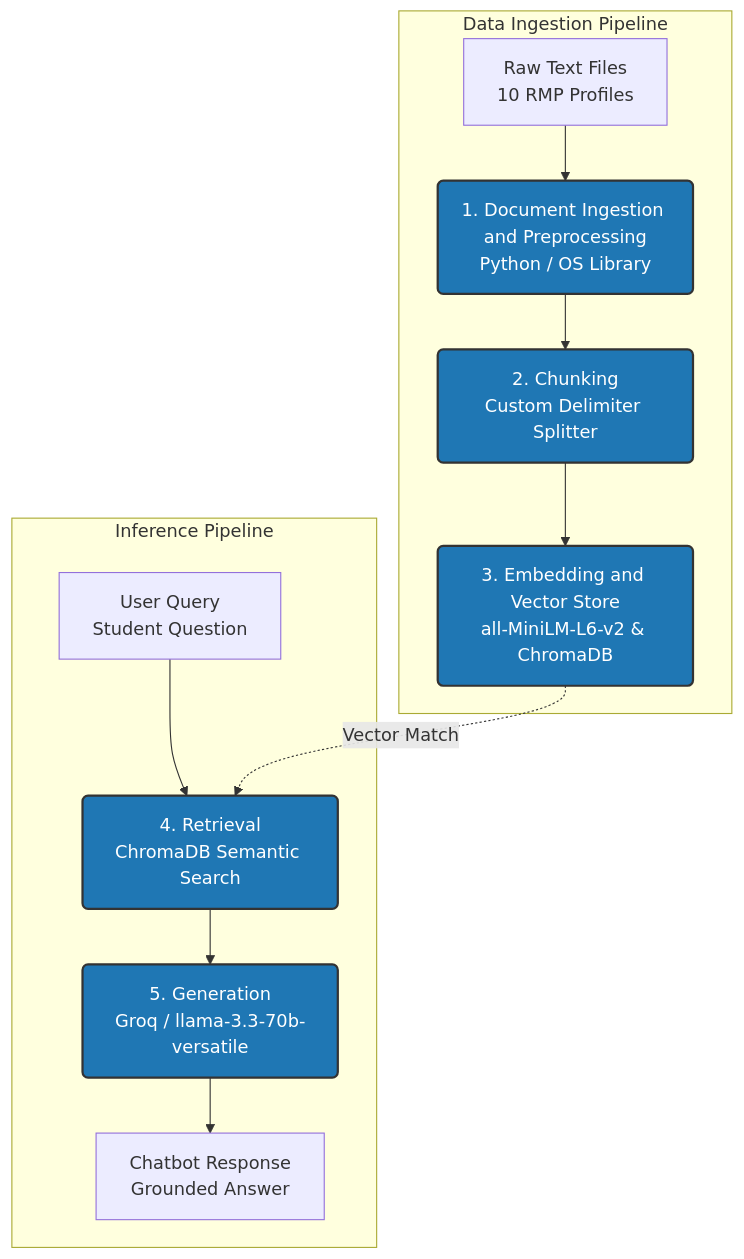
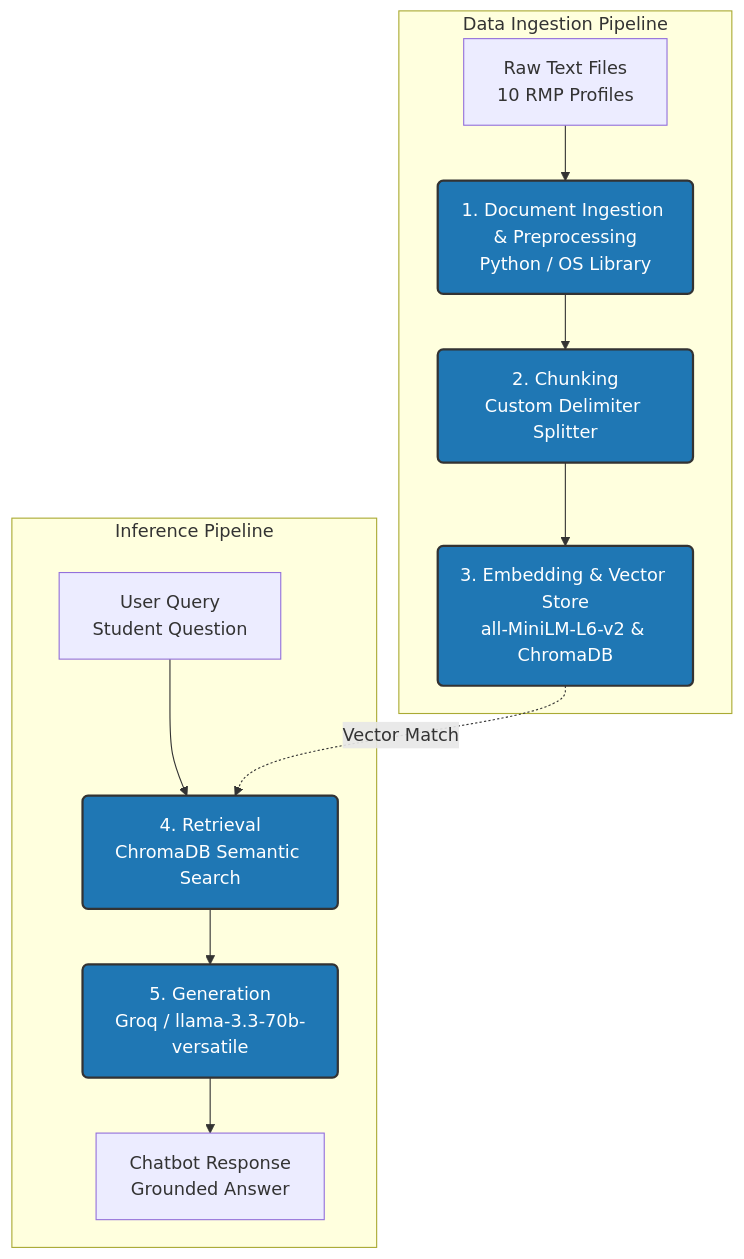
Before and after one commit to Anthony-Jerez/ai201-project1-unofficial-guide-starter: the diagram in planning.md, drawn with Mermaid.

````diff
--- a/planning.md
+++ b/planning.md
@@ -118,23 +118,23 @@
 ```mermaid
 
 graph TD
     %% Define Styles
     classDef stage fill:#1f77b4,stroke:#333,stroke-width:2px,color:#fff;
     classDef tech fill:#e7cfcd,stroke:#333,stroke-width:1px,color:#000;
 
     subgraph Phase 1: Ingestion & Storage [Data Ingestion Pipeline]
-        A[Raw Text Files<br>10 RMP Profiles] --> B(1. Document Ingestion and Preprocessing<br>Python / OS Library)
+        A[Raw Text Files<br>10 RMP Profiles] --> B(1. Document Ingestion & Preprocessing<br>Python / OS Library)
         B --> C(2. Chunking<br>Custom Delimiter Splitter)
-        C --> D(3. Embedding and Vector Store<br>all-MiniLM-L6-v2 & ChromaDB)
+        C --> D(3. Embedding & Vector Store<br>all-MiniLM-L6-v2 & ChromaDB)
     end
 
     subgraph Phase 2: Runtime RAG Chatbot [Inference Pipeline]
         E[User Query<br>Student Question] --> F(4. Retrieval<br>ChromaDB Semantic Search)
         D -. Vector Match .-> F
         F --> G(5. Generation<br>Groq / llama-3.3-70b-versatile)
         G --> H[Chatbot Response<br>Grounded Answer]
     end
 
     %% Apply Styles
     class B,C,D,F,G stage;
 ```
````
